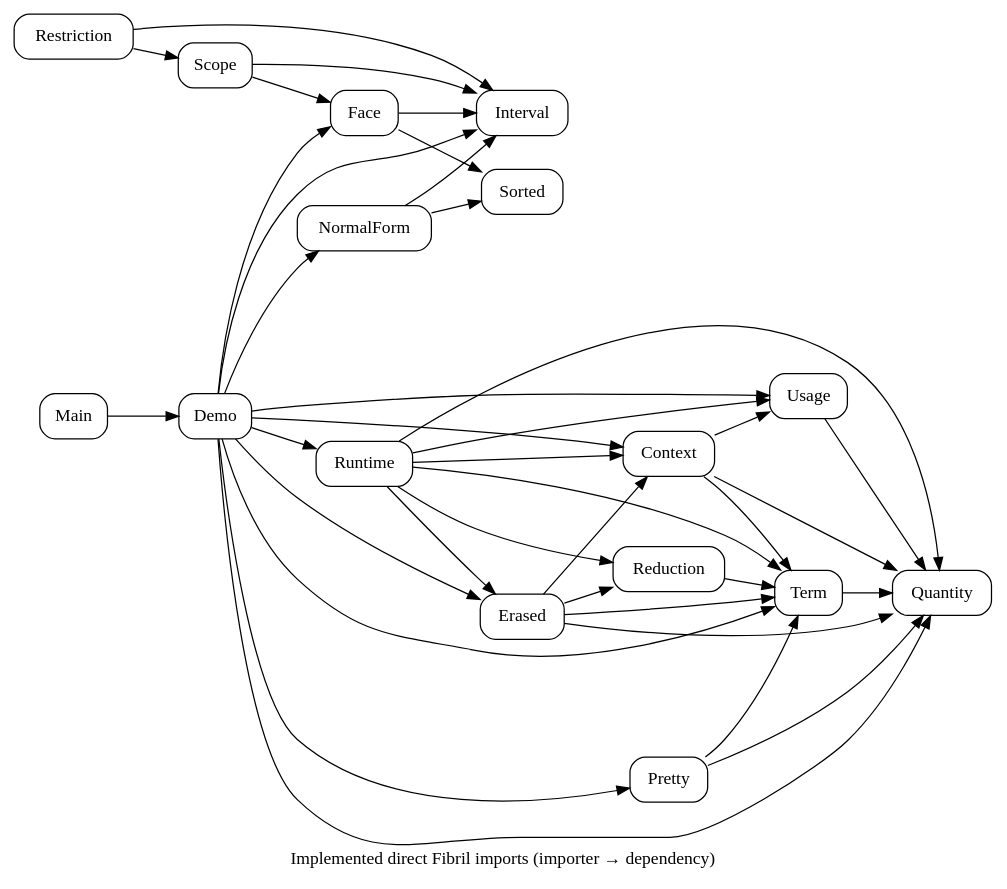
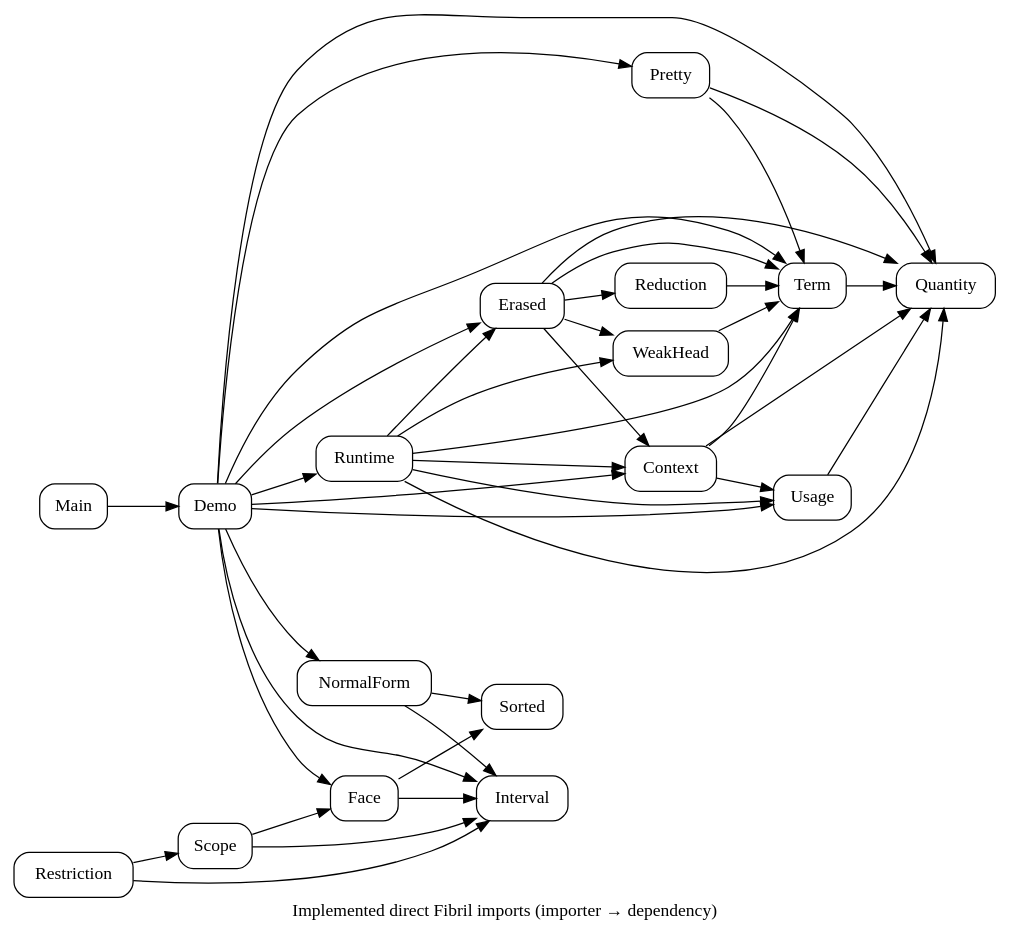
The diagram in docs/diagrams/modules.dot (odunboye/fibril), drawn with Graphviz before and after one commit. The commit also changed 20 other files, not shown here.

Commit message:
Use bounded weak-head reduction for outer type inspection

```diff
--- a/docs/diagrams/modules.dot
+++ b/docs/diagrams/modules.dot
@@ -1,14 +1,14 @@
 digraph Modules {
 rankdir=LR; node [shape=box,style=rounded];
 Quantity; Interval; NormalForm; Face; Scope; Restriction; Term;
 NormalForm -> {Interval Sorted}; Face -> {Interval Sorted};
 Scope -> {Interval Face}; Restriction -> {Interval Scope};
 Demo -> {Quantity Term Context Usage Pretty Erased Runtime Interval NormalForm Face};
 Main -> Demo;
 Pretty -> {Quantity Term};
 Term -> Quantity; Usage -> Quantity; Context -> {Quantity Term Usage};
-Reduction -> Term;
-Erased -> {Quantity Term Context Reduction};
-Runtime -> {Quantity Term Context Usage Reduction Erased};
+Reduction -> Term; WeakHead -> Term;
+Erased -> {Quantity Term Context Reduction WeakHead};
+Runtime -> {Quantity Term Context Usage WeakHead Erased};
 label="Implemented direct Fibril imports (importer → dependency)";
 }
```
